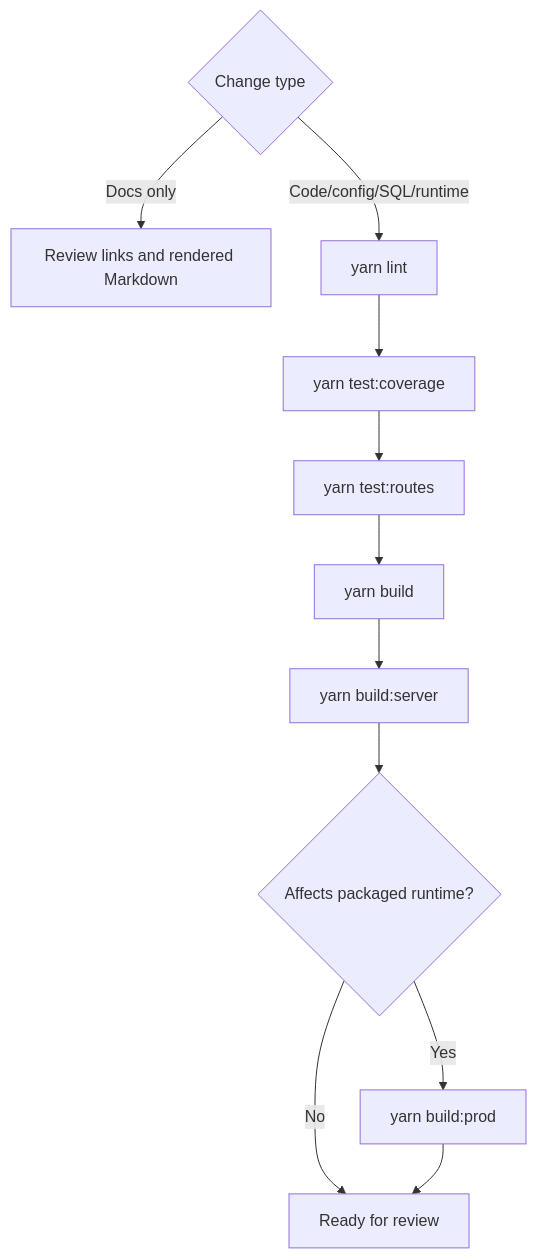
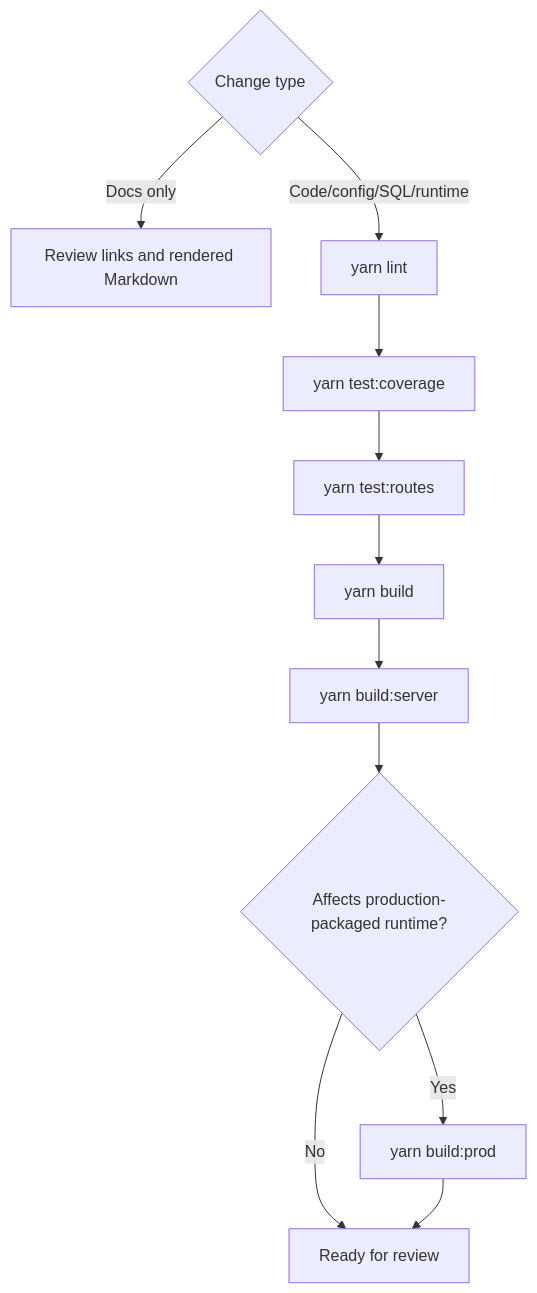
Before and after one commit to hmcts/wa-reporting-frontend: the diagram in docs/technical/deployment-and-ci.md, drawn with Mermaid. The commit also changed other lines of this file and 2 other files, not shown here.

````diff
--- a/docs/technical/deployment-and-ci.md
+++ b/docs/technical/deployment-and-ci.md
@@ -54,14 +54,14 @@
 ```mermaid
 flowchart TB
   Change{"Change type"}
   Change -- "Docs only" --> DocsReview["Review links and rendered Markdown"]
   Change -- "Code/config/SQL/runtime" --> Lint["yarn lint"]
   Lint --> Coverage["yarn test:coverage"]
   Coverage --> Routes["yarn test:routes"]
   Routes --> FrontendBuild["yarn build"]
   FrontendBuild --> ServerBuild["yarn build:server"]
-  ServerBuild --> Prod{"Affects packaged runtime?"}
+  ServerBuild --> Prod{"Affects production-packaged runtime?"}
   Prod -- "Yes" --> BuildProd["yarn build:prod"]
   Prod -- "No" --> Done["Ready for review"]
   BuildProd --> Done
 ```
````
